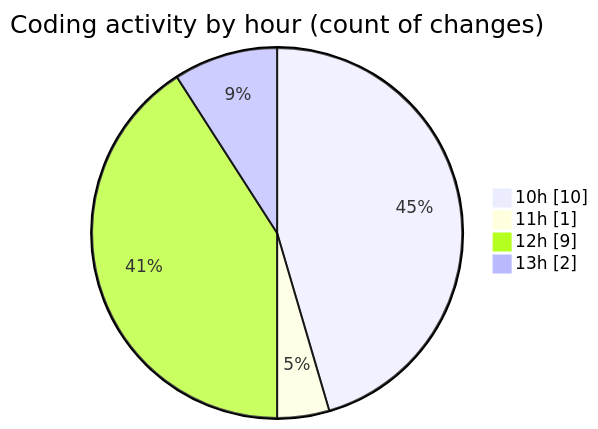
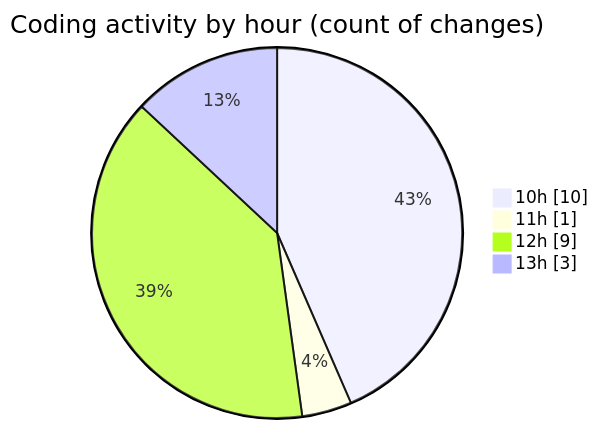
Before and after one commit to julien-gomy/code-tracking: the second of 2 diagrams in 2025-11-20/eventscop-api-guide__workspace_/README.md, drawn with Mermaid. The commit also changed other lines of this file and 1 other file, not shown here.

````diff
--- a/2025-11-20/eventscop-api-guide__workspace_/README.md
+++ b/2025-11-20/eventscop-api-guide__workspace_/README.md
@@ -36,8 +38,8 @@
 ```mermaid
 pie showData
 title Coding activity by hour (count of changes)
 "10h" : 10
 "11h" : 1
 "12h" : 9
-"13h" : 2
+"13h" : 3
 ```
````
